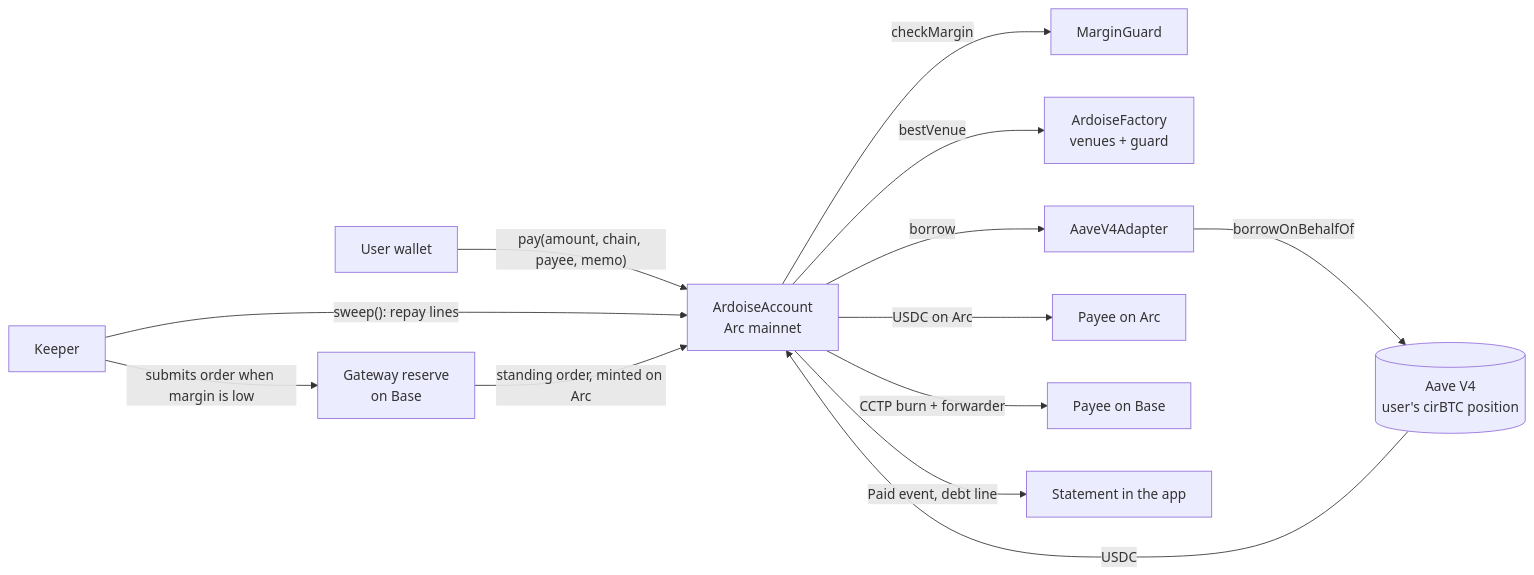
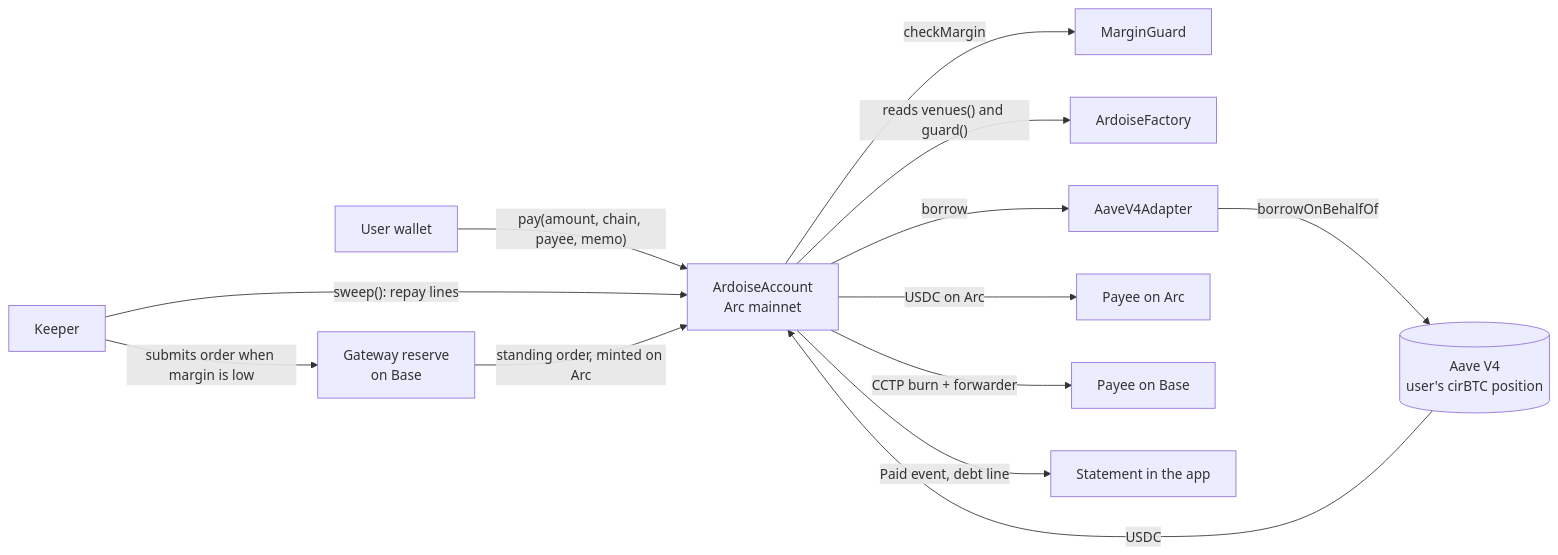
Before and after one commit to enzoblain/Ardoise: the diagram in README.md, drawn with Mermaid. The commit also changed other lines of this file and 1 other file, not shown here.

````diff
--- a/README.md
+++ b/README.md
@@ -50,15 +54,15 @@
 ```mermaid
 flowchart LR
   W[User wallet] -->|"pay(amount, chain, payee, memo)"| A[ArdoiseAccount<br/>Arc mainnet]
   A -->|checkMargin| G[MarginGuard]
-  A -->|bestVenue| F[ArdoiseFactory<br/>venues + guard]
+  A -->|"reads venues() and guard()"| F[ArdoiseFactory]
   A -->|borrow| AD[AaveV4Adapter]
   AD -->|"borrowOnBehalfOf"| AV[("Aave V4<br/>user's cirBTC position")]
   AV -->|USDC| A
   A -->|USDC on Arc| P1[Payee on Arc]
   A -->|"CCTP burn + forwarder"| P2[Payee on Base]
   A -->|"Paid event, debt line"| S[Statement in the app]
   K[Keeper] -->|"sweep(): repay lines"| A
   GW[Gateway reserve<br/>on Base] -->|"standing order, minted on Arc"| A
   K -->|submits order when margin is low| GW
 ```
````
